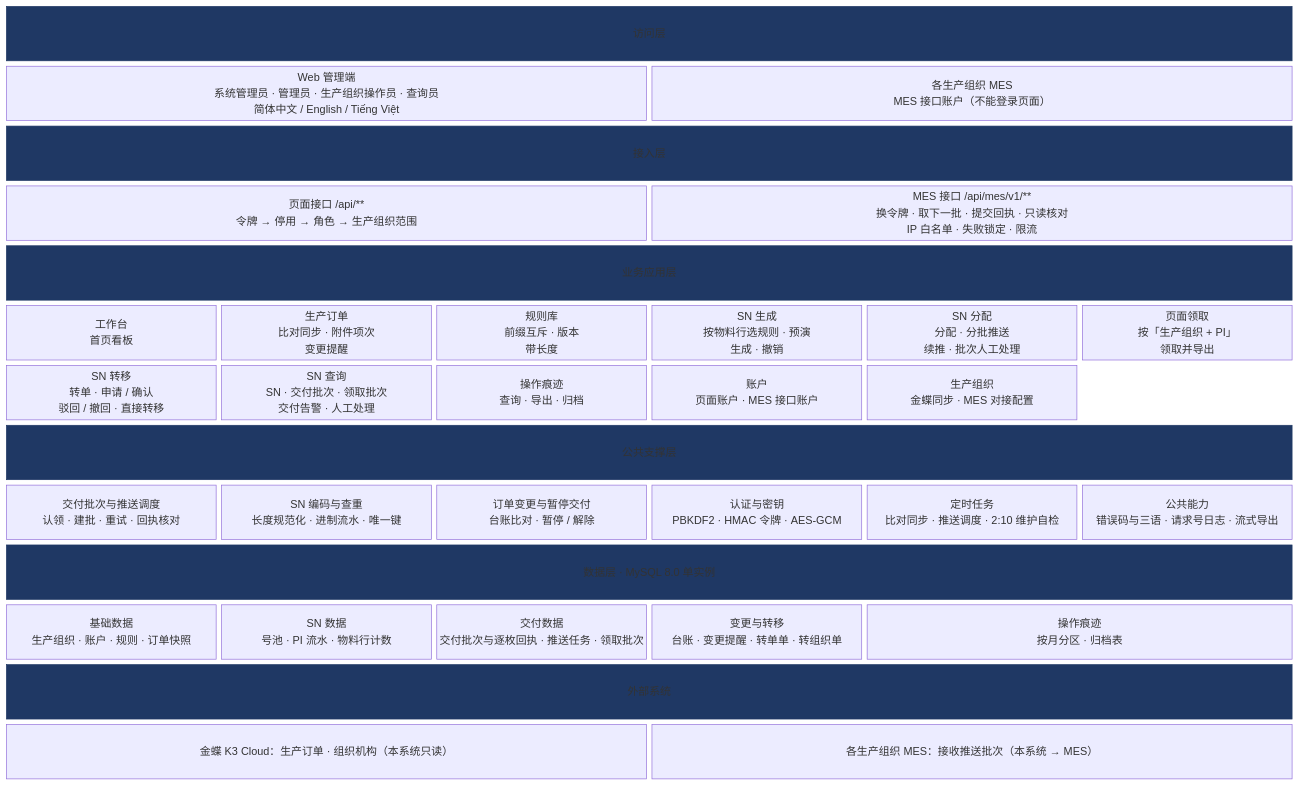
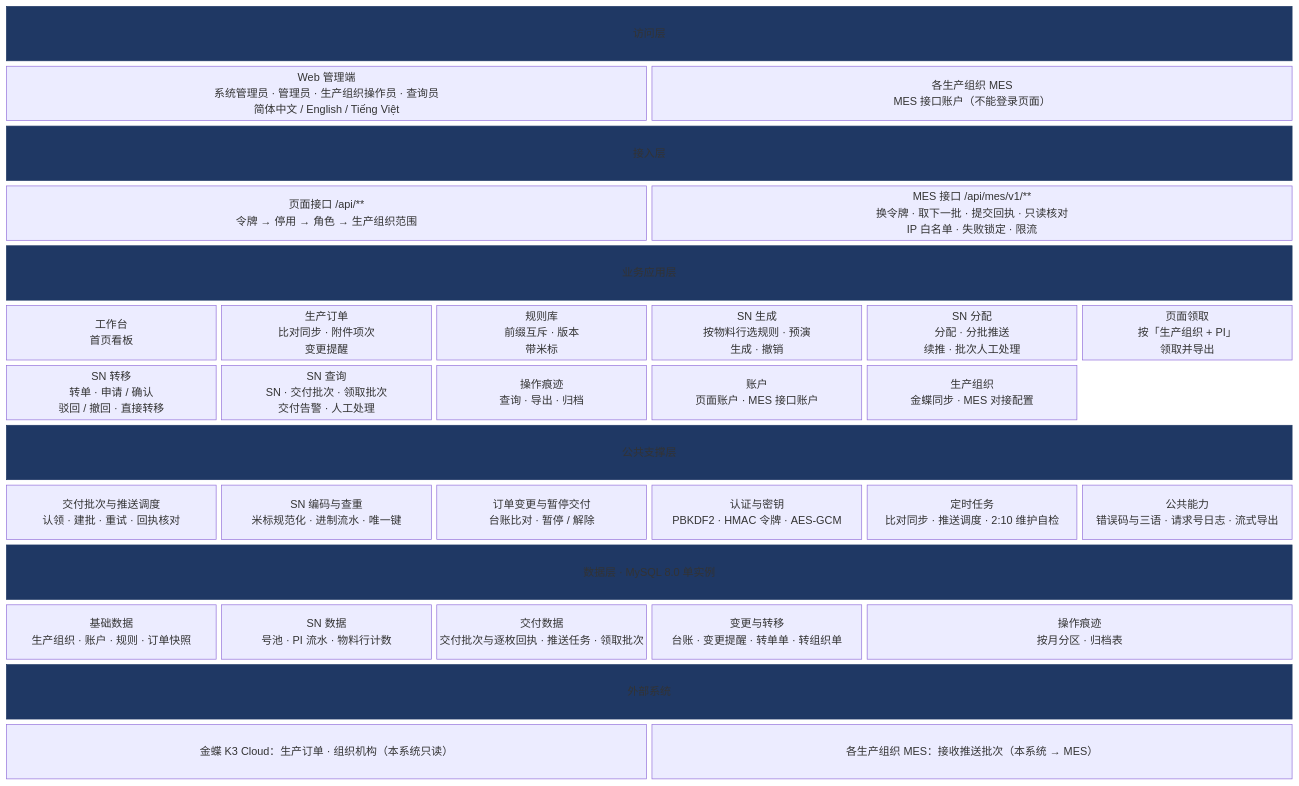
Before and after one commit to Createsnow/sn-center: the diagram in docs/images/系统技术方案/fig2-1-function.mmd, drawn with Mermaid. The commit also changed 43 other files, not shown here.

```diff
--- a/docs/images/系统技术方案/fig2-1-function.mmd
+++ b/docs/images/系统技术方案/fig2-1-function.mmd
@@ -1,39 +1,39 @@
 block-beta
   columns 6
   L1["访问层"]:6
   W["Web 管理端<br/>系统管理员 · 管理员 · 生产组织操作员 · 查询员<br/>简体中文 / English / Tiếng Việt"]:3
   M["各生产组织 MES<br/>MES 接口账户（不能登录页面）"]:3
   L2["接入层"]:6
   P["页面接口 /api/**<br/>令牌 → 停用 → 角色 → 生产组织范围"]:3
   A["MES 接口 /api/mes/v1/**<br/>换令牌 · 取下一批 · 提交回执 · 只读核对<br/>IP 白名单 · 失败锁定 · 限流"]:3
   L3["业务应用层"]:6
   G1["工作台<br/>首页看板"]
   G2["生产订单<br/>比对同步 · 附件项次<br/>变更提醒"]
-  G3["规则库<br/>前缀互斥 · 版本<br/>带长度"]
+  G3["规则库<br/>前缀互斥 · 版本<br/>带米标"]
   G4["SN 生成<br/>按物料行选规则 · 预演<br/>生成 · 撤销"]
   G11["SN 分配<br/>分配 · 分批推送<br/>续推 · 批次人工处理"]
   G5["页面领取<br/>按「生产组织 + PI」<br/>领取并导出"]
   G6["SN 转移<br/>转单 · 申请 / 确认<br/>驳回 / 撤回 · 直接转移"]
   G7["SN 查询<br/>SN · 交付批次 · 领取批次<br/>交付告警 · 人工处理"]
   G8["操作痕迹<br/>查询 · 导出 · 归档"]
   G9["账户<br/>页面账户 · MES 接口账户"]
   G10["生产组织<br/>金蝶同步 · MES 对接配置"]
   space:1
   L4["公共支撑层"]:6
   S1["交付批次与推送调度<br/>认领 · 建批 · 重试 · 回执核对"]
-  S2["SN 编码与查重<br/>长度规范化 · 进制流水 · 唯一键"]
+  S2["SN 编码与查重<br/>米标规范化 · 进制流水 · 唯一键"]
   S3["订单变更与暂停交付<br/>台账比对 · 暂停 / 解除"]
   S4["认证与密钥<br/>PBKDF2 · HMAC 令牌 · AES-GCM"]
   S5["定时任务<br/>比对同步 · 推送调度 · 2:10 维护自检"]
   S6["公共能力<br/>错误码与三语 · 请求号日志 · 流式导出"]
   L5["数据层 · MySQL 8.0 单实例"]:6
   D1["基础数据<br/>生产组织 · 账户 · 规则 · 订单快照"]
   D2["SN 数据<br/>号池 · PI 流水 · 物料行计数"]
   D3["交付数据<br/>交付批次与逐枚回执 · 推送任务 · 领取批次"]
   D4["变更与转移<br/>台账 · 变更提醒 · 转单单 · 转组织单"]
   D5["操作痕迹<br/>按月分区 · 归档表"]:2
   L6["外部系统"]:6
   K["金蝶 K3 Cloud：生产订单 · 组织机构（本系统只读）"]:3
   MM["各生产组织 MES：接收推送批次（本系统 → MES）"]:3
   classDef layer fill:#1f3864,color:#fff,stroke:#1f3864
   class L1,L2,L3,L4,L5,L6 layer
```
